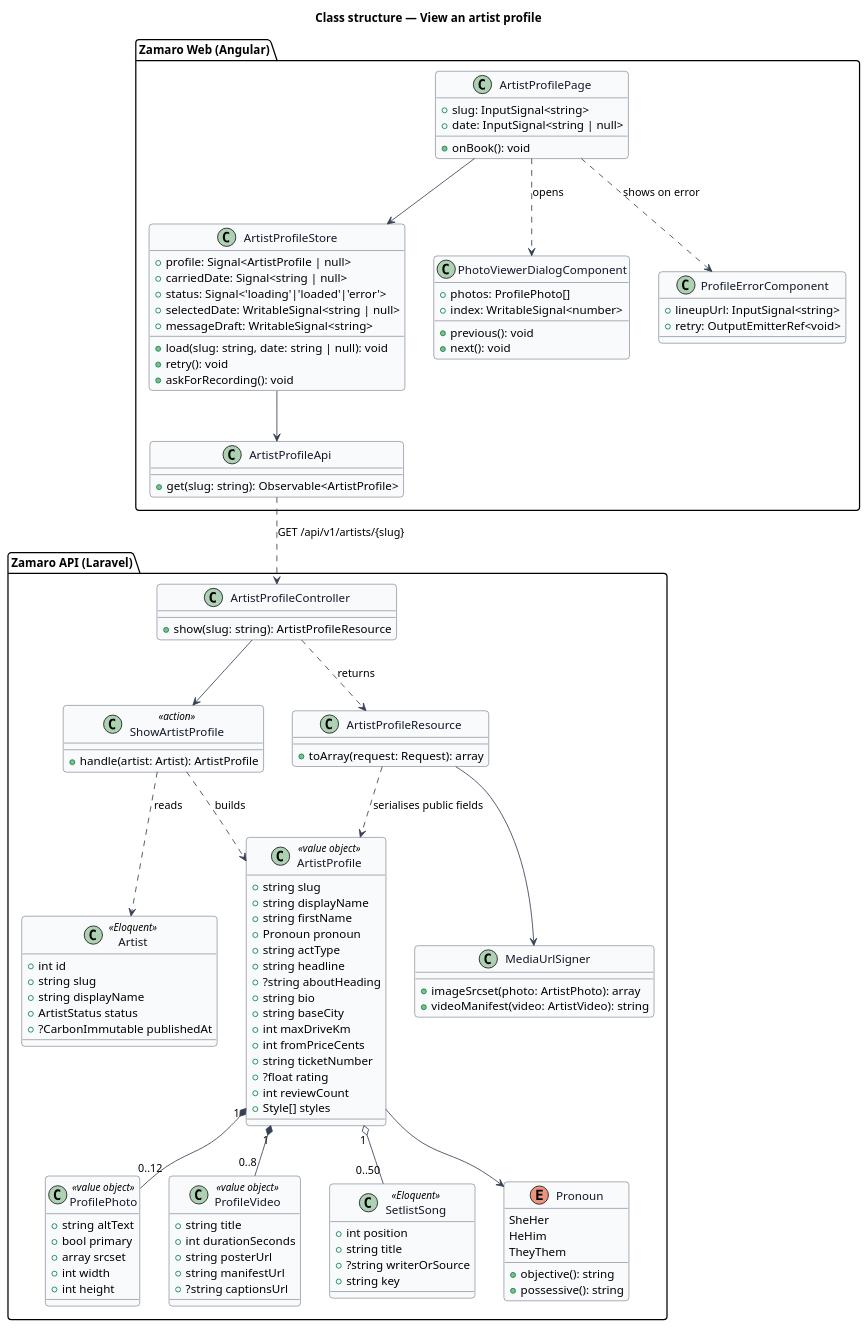
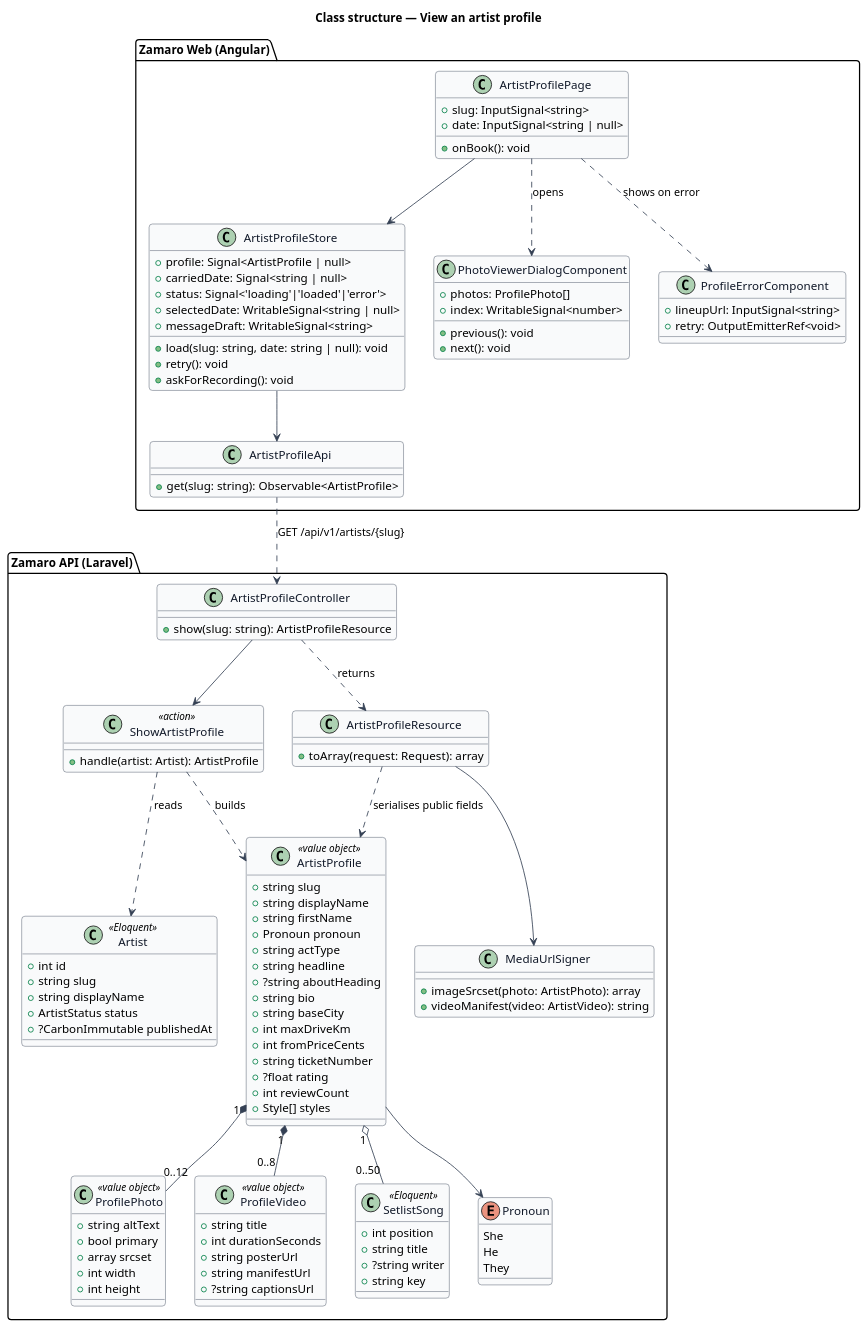
Before and after one commit to QuinntyneBrown/zamaro: the diagram in docs/detailed-designs/artist-profiles/view-artist-profile/diagrams/class-structure.puml, drawn with PlantUML. The commit also changed 11 other files, not shown here.

```diff
--- a/docs/detailed-designs/artist-profiles/view-artist-profile/diagrams/class-structure.puml
+++ b/docs/detailed-designs/artist-profiles/view-artist-profile/diagrams/class-structure.puml
@@ -1,129 +1,127 @@
 @startuml
 ' --- shared skin header ---
 skinparam backgroundColor #FFFFFF
 skinparam shadowing false
 skinparam roundcorner 8
 skinparam defaultFontName Arial
 skinparam ArrowColor #344054
 skinparam class {
   BorderColor #344054
   FontColor #101828
   BackgroundColor #F9FAFB
 }
 ' --------------------------
 title Class structure — View an artist profile
 
 package "Zamaro Web (Angular)" {
   class ArtistProfilePage {
     +slug: InputSignal<string>
     +date: InputSignal<string | null>
     +onBook(): void
   }
   class ArtistProfileStore {
     +profile: Signal<ArtistProfile | null>
     +carriedDate: Signal<string | null>
     +status: Signal<'loading'|'loaded'|'error'>
     +selectedDate: WritableSignal<string | null>
     +messageDraft: WritableSignal<string>
     +load(slug: string, date: string | null): void
     +retry(): void
     +askForRecording(): void
   }
   class ArtistProfileApi {
     +get(slug: string): Observable<ArtistProfile>
   }
   class PhotoViewerDialogComponent {
     +photos: ProfilePhoto[]
     +index: WritableSignal<number>
     +previous(): void
     +next(): void
   }
   class ProfileErrorComponent {
     +lineupUrl: InputSignal<string>
     +retry: OutputEmitterRef<void>
   }
 }
 
 package "Zamaro API (Laravel)" {
   class ArtistProfileController {
     +show(slug: string): ArtistProfileResource
   }
   class ShowArtistProfile <<action>> {
     +handle(artist: Artist): ArtistProfile
   }
   class ArtistProfile <<value object>> {
     +string slug
     +string displayName
     +string firstName
     +Pronoun pronoun
     +string actType
     +string headline
     +?string aboutHeading
     +string bio
     +string baseCity
     +int maxDriveKm
     +int fromPriceCents
     +string ticketNumber
     +?float rating
     +int reviewCount
     +Style[] styles
   }
   class ArtistProfileResource {
     +toArray(request: Request): array
   }
   class ProfilePhoto <<value object>> {
     +string altText
     +bool primary
     +array srcset
     +int width
     +int height
   }
   class ProfileVideo <<value object>> {
     +string title
     +int durationSeconds
     +string posterUrl
     +string manifestUrl
     +?string captionsUrl
   }
   class SetlistSong <<Eloquent>> {
     +int position
     +string title
-    +?string writerOrSource
+    +?string writer
     +string key
   }
   enum Pronoun {
-    SheHer
-    HeHim
-    TheyThem
-    +objective(): string
-    +possessive(): string
+    She
+    He
+    They
   }
   class Artist <<Eloquent>> {
     +int id
     +string slug
     +string displayName
     +ArtistStatus status
     +?CarbonImmutable publishedAt
   }
   class MediaUrlSigner {
     +imageSrcset(photo: ArtistPhoto): array
     +videoManifest(video: ArtistVideo): string
   }
 }
 
 ArtistProfilePage --> ArtistProfileStore
 ArtistProfileStore --> ArtistProfileApi
 ArtistProfilePage ..> PhotoViewerDialogComponent : opens
 ArtistProfilePage ..> ProfileErrorComponent : shows on error
 ArtistProfileApi ..> ArtistProfileController : GET /api/v1/artists/{slug}
 ArtistProfileController --> ShowArtistProfile
 ShowArtistProfile ..> Artist : reads
 ShowArtistProfile ..> ArtistProfile : builds
 ArtistProfileController ..> ArtistProfileResource : returns
 ArtistProfileResource ..> ArtistProfile : serialises public fields
 ArtistProfileResource --> MediaUrlSigner
 ArtistProfile "1" *-- "0..12" ProfilePhoto
 ArtistProfile "1" *-- "0..8" ProfileVideo
 ArtistProfile "1" o-- "0..50" SetlistSong
 ArtistProfile --> Pronoun
 @enduml
```
